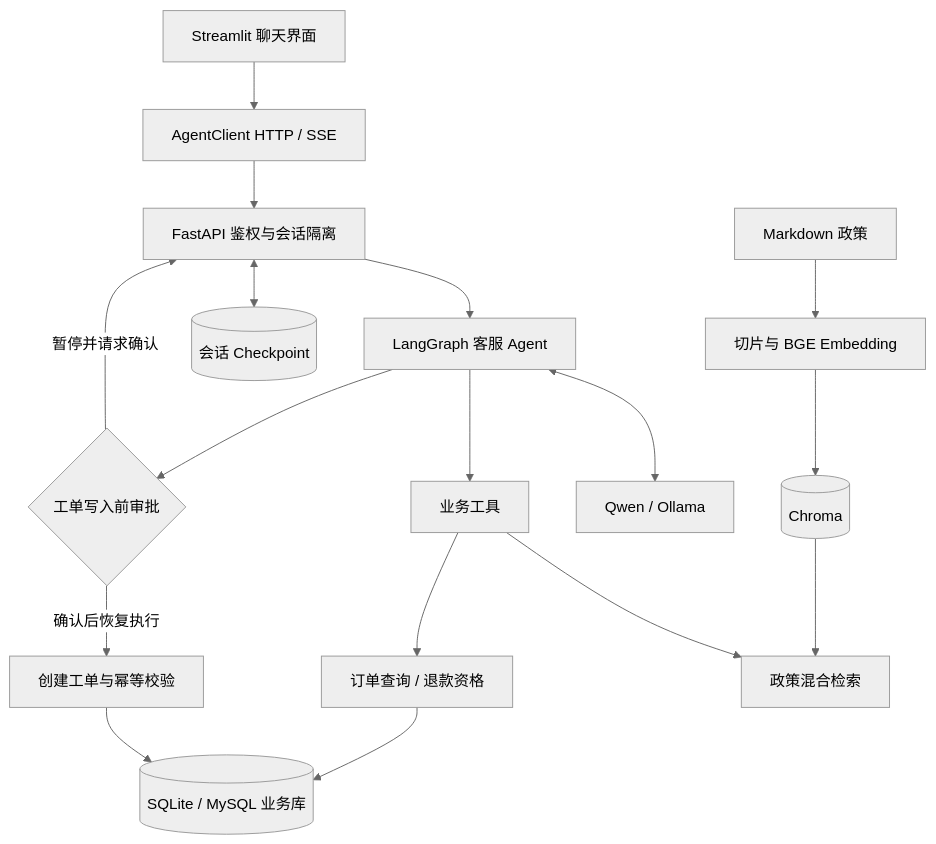
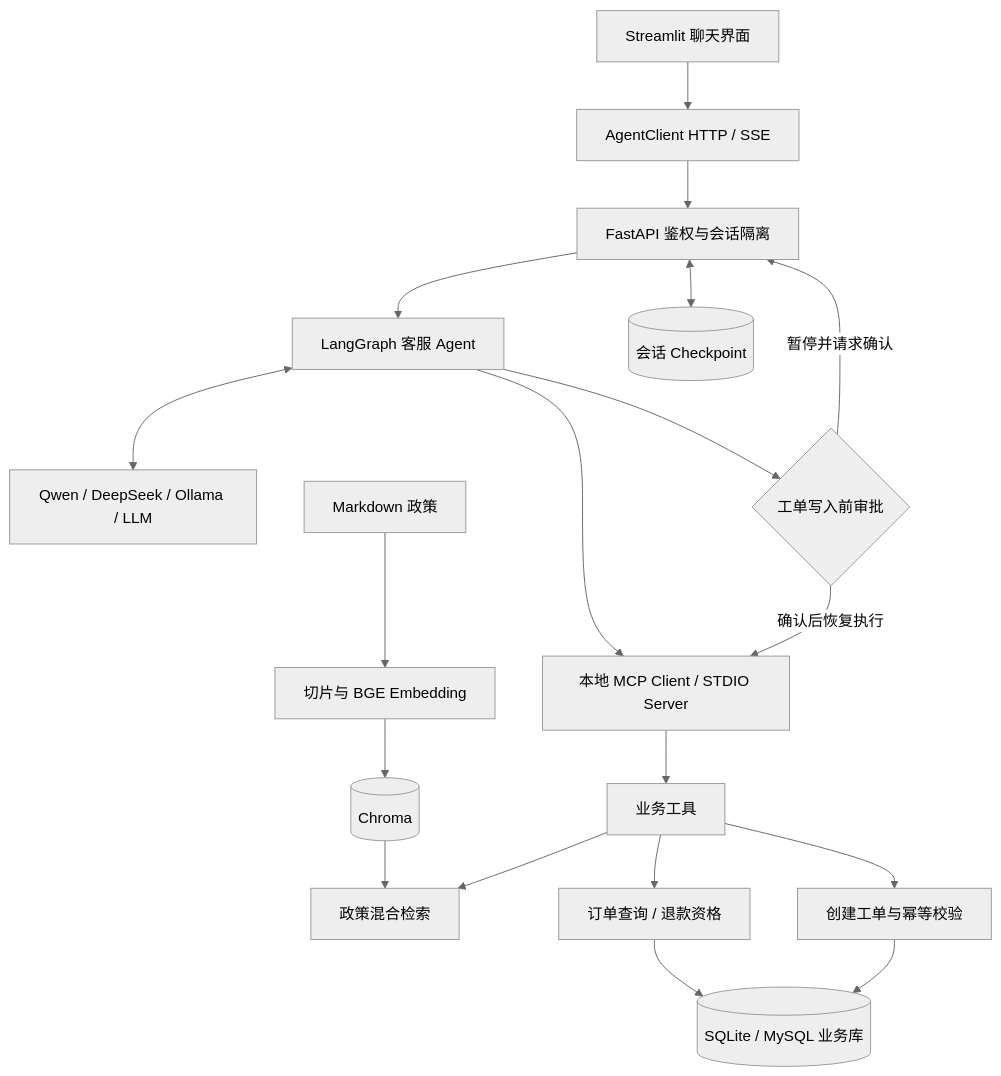
The diagram in README.md (Snape001/OrderCare-Agent), drawn with Mermaid (neutral theme) before and after one commit. The commit also changed other lines of this file and 160 other files, not shown here.

````diff
--- a/README.md
+++ b/README.md
@@ -59,19 +67,21 @@
 ```mermaid
 flowchart TD
     UI[Streamlit 聊天界面] --> Client[AgentClient HTTP / SSE]
     Client --> API[FastAPI 鉴权与会话隔离]
     API --> Agent[LangGraph 客服 Agent]
     API <--> CP[(会话 Checkpoint)]
-    Agent <--> LLM[Qwen / Ollama]
-    Agent --> Tools[业务工具]
+    Agent <--> LLM[Qwen / DeepSeek / Ollama / LLM]
+    Agent --> MCP[本地 MCP Client / STDIO Server]
+    MCP --> Tools[业务工具]
     Tools --> RAG[政策混合检索]
     Policy[Markdown 政策] --> Index[切片与 BGE Embedding]
     Index --> Chroma[(Chroma)]
     Chroma --> RAG
     Tools --> Read[订单查询 / 退款资格]
     Read --> DB[(SQLite / MySQL 业务库)]
     Agent --> Approval{工单写入前审批}
     Approval -->|暂停并请求确认| API
-    Approval -->|确认后恢复执行| Ticket[创建工单与幂等校验]
+    Approval -->|确认后恢复执行| MCP
+    Tools --> Ticket[创建工单与幂等校验]
     Ticket --> DB
 ```
````
